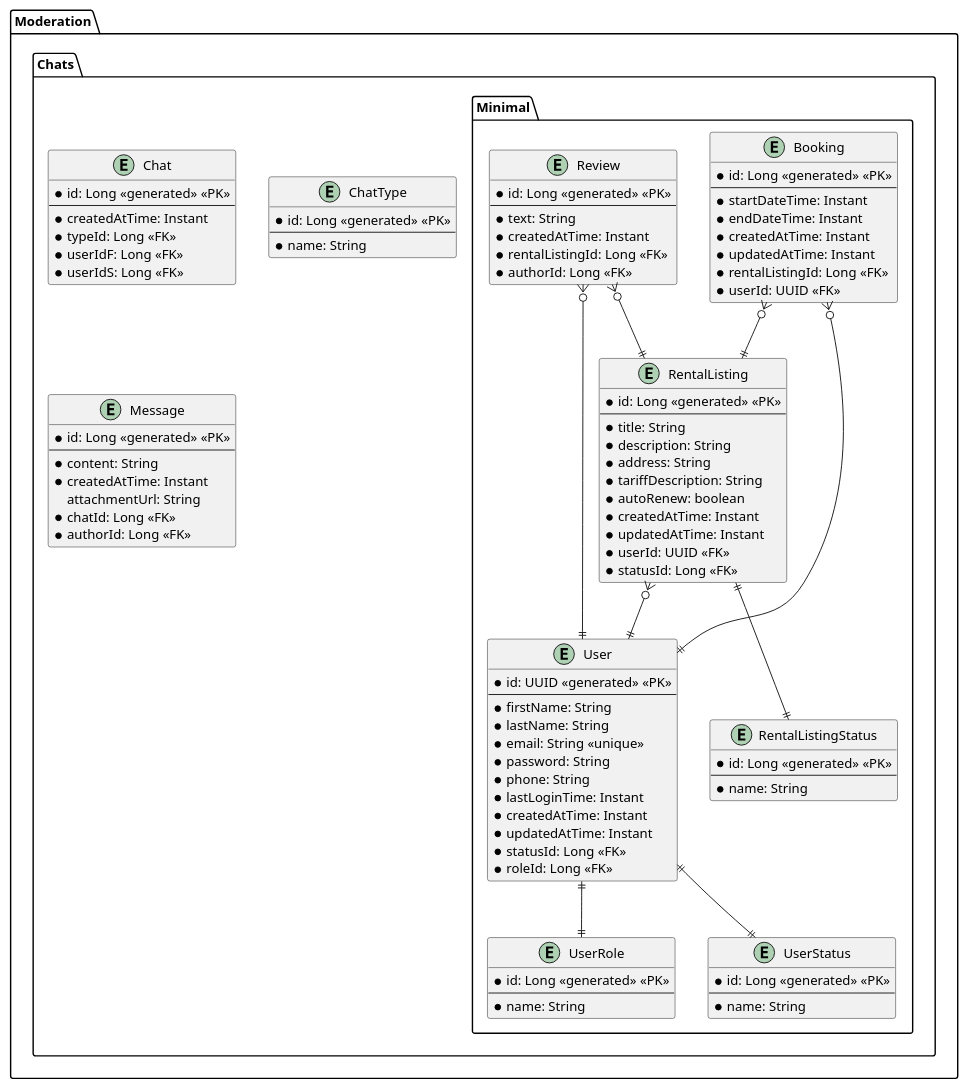
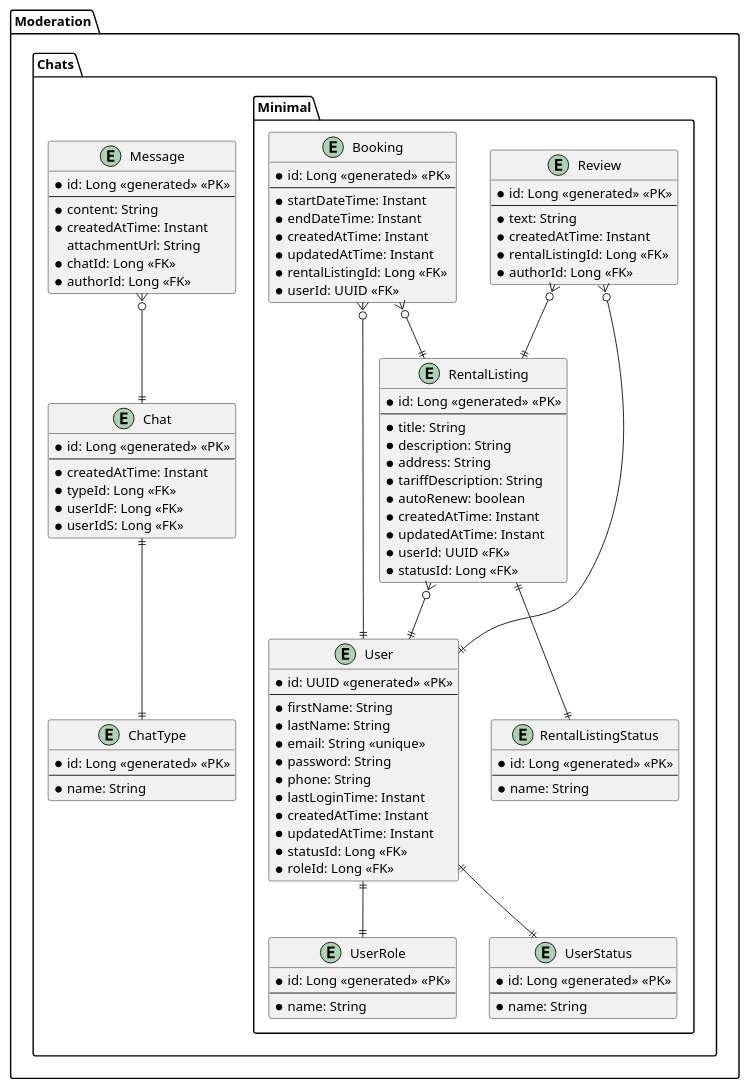
The diagram in misc/database.puml (ruska112x/rentify-diploma), drawn with PlantUML before and after one commit.

Commit message:
fix: return some relations in Chats package

```diff
--- a/misc/database.puml
+++ b/misc/database.puml
@@ -1,132 +1,132 @@
 @startuml database
 allow_mixing
 
 scale max 1920 width
 scale max 1080 height
 
 left to right direction
 top to bottom direction
 
 
 package "Moderation" {
   package "Chats" {
     package "Minimal" {
       entity "User" as user {
         * id: UUID <<generated>> <<PK>>
         ---
         * firstName: String
         * lastName: String
         * email: String <<unique>>
         * password: String
         * phone: String
         * lastLoginTime: Instant
         * createdAtTime: Instant
         * updatedAtTime: Instant
         * statusId: Long <<FK>>
         * roleId: Long <<FK>>
       }
 
       ' USER, ADMIN, MODERATOR
       entity "UserRole" as userRole {
         * id: Long <<generated>> <<PK>>
         ---
         * name: String
       }
 
       ' ACTIVE, BLOCKED, DELETED
       entity "UserStatus" as userStatus {
         * id: Long <<generated>> <<PK>>
         ---
         * name: String
       }
 
       entity "RentalListing" as rentalListing {
         * id: Long <<generated>> <<PK>>
         ---
         * title: String
         * description: String
         * address: String
         * tariffDescription: String
         * autoRenew: boolean
         * createdAtTime: Instant
         * updatedAtTime: Instant
         * userId: UUID <<FK>>
         * statusId: Long <<FK>>
       }
 
       ' ACTIVE, BLOCKED, ONDELETION, DELETED
       entity "RentalListingStatus" as rentalListingStatus {
         * id: Long <<generated>> <<PK>>
         ---
         * name: String
       }
 
       entity "Booking" as booking {
         * id: Long <<generated>> <<PK>>
         ---
         * startDateTime: Instant
         * endDateTime: Instant
         * createdAtTime: Instant
         * updatedAtTime: Instant
         * rentalListingId: Long <<FK>>
         * userId: UUID <<FK>>
       }
 
       entity "Review" as review {
         * id: Long <<generated>> <<PK>>
         ---
         * text: String
         * createdAtTime: Instant
         * rentalListingId: Long <<FK>>
         * authorId: Long <<FK>>
       }
 
       user ||--|| userRole
       user ||--|| userStatus
 
       rentalListing }o--|| user
       rentalListing ||--|| rentalListingStatus
 
       booking }o--|| rentalListing
       booking }o--|| user
 
       review }o--|| user
       review }o--|| rentalListing
     }
 
     entity "Chat" as chat {
       * id: Long <<generated>> <<PK>>
       ---
       * createdAtTime: Instant
       * typeId: Long <<FK>>
       * userIdF: Long <<FK>>
       * userIdS: Long <<FK>>
     }
 
     entity "ChatType" as chatType {
       * id: Long <<generated>> <<PK>>
       ---
       * name: String
     }
 
     entity "Message" as message {
       * id: Long <<generated>> <<PK>>
       ---
       * content: String
       * createdAtTime: Instant
       attachmentUrl: String
       * chatId: Long <<FK>>
       * authorId: Long <<FK>>
     }
 
     ' chat }o--|| user
     ' chat }o--|| user
-    ' chat ||--|| chatType
+    chat ||--|| chatType
 
-    ' message }o--|| chat
+    message }o--|| chat
     ' message }o--|| user
   }
 }
 
 
 @enduml
```
